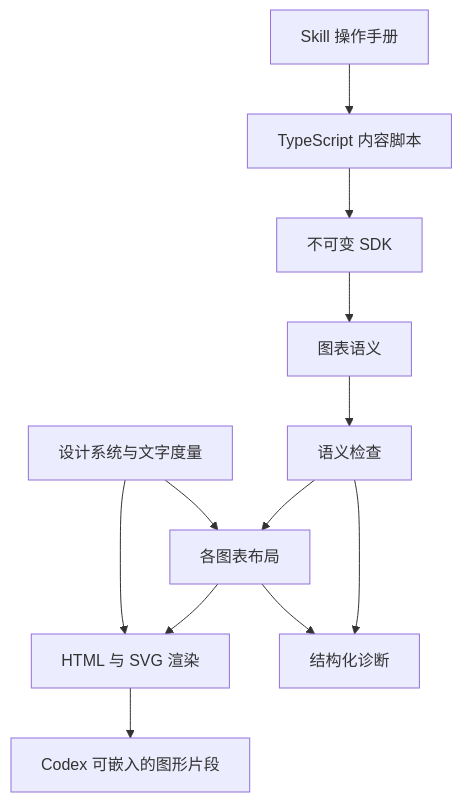
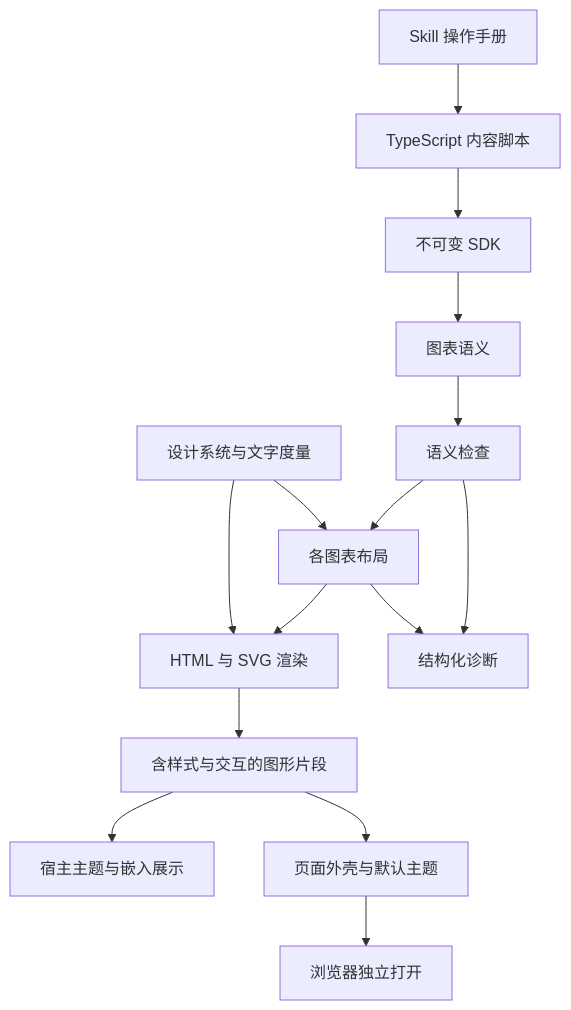
The diagram in docs/architecture.md (woxQAQ/visualize-skill), drawn with Mermaid before and after one commit. The commit also changed other lines of this file and 25 other files, not shown here.

````diff
--- a/docs/architecture.md
+++ b/docs/architecture.md
@@ -5,14 +5,17 @@
 ```mermaid
 flowchart TD
     Skill[Skill 操作手册] --> JS[TypeScript 内容脚本]
     JS --> SDK[不可变 SDK]
     SDK --> Semantic[图表语义]
     Semantic --> Validate[语义检查]
     Validate --> Layout[各图表布局]
     Layout --> Render[HTML 与 SVG 渲染]
-    Render --> Output[Codex 可嵌入的图形片段]
+    Render --> Fragment[含样式与交互的图形片段]
+    Fragment --> Host[宿主主题与嵌入展示]
+    Fragment --> Page[页面外壳与默认主题]
+    Page --> Browser[浏览器独立打开]
     Theme[设计系统与文字度量] --> Layout
     Theme --> Render
     Validate --> Diagnostic[结构化诊断]
     Layout --> Diagnostic
 ```
````
